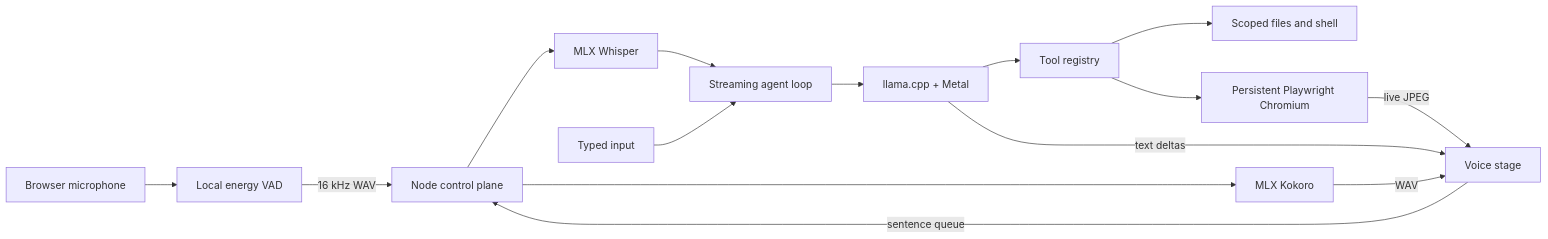
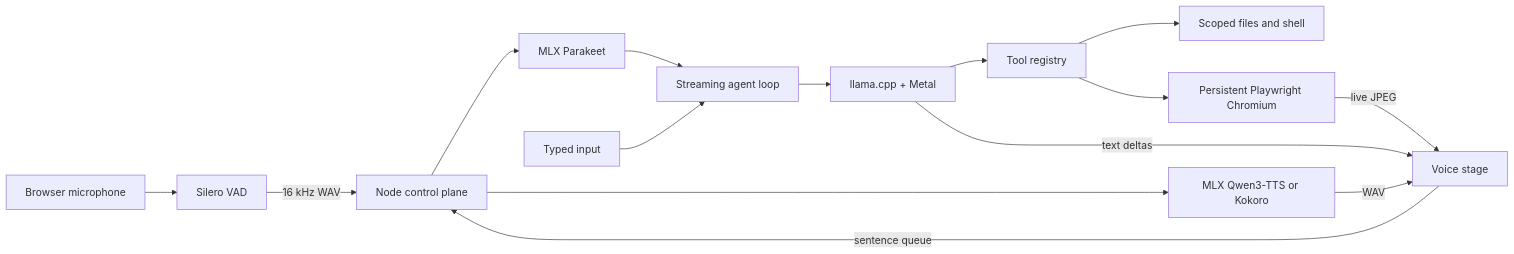
Before and after one commit to pianistprogrammer/jarvis: the diagram in ARCHITECTURE.md, drawn with Mermaid. The commit also changed other lines of this file and 19 other files, not shown here.

````diff
--- a/ARCHITECTURE.md
+++ b/ARCHITECTURE.md
@@ -3,17 +3,17 @@
 ```mermaid
 flowchart LR
-  Mic[Browser microphone] --> VAD[Local energy VAD]
+  Mic[Browser microphone] --> VAD[Silero VAD]
   VAD -->|16 kHz WAV| API[Node control plane]
-  API --> STT[MLX Whisper]
+  API --> STT[MLX Parakeet]
   STT --> Agent[Streaming agent loop]
   Text[Typed input] --> Agent
   Agent --> LLM[llama.cpp + Metal]
   LLM --> Tools[Tool registry]
   Tools --> Files[Scoped files and shell]
   Tools --> Browser[Persistent Playwright Chromium]
   Browser -->|live JPEG| UI[Voice stage]
   LLM -->|text deltas| UI
   UI -->|sentence queue| API
-  API --> TTS[MLX Kokoro]
+  API --> TTS[MLX Qwen3-TTS or Kokoro]
   TTS -->|WAV| UI
 ```
````
